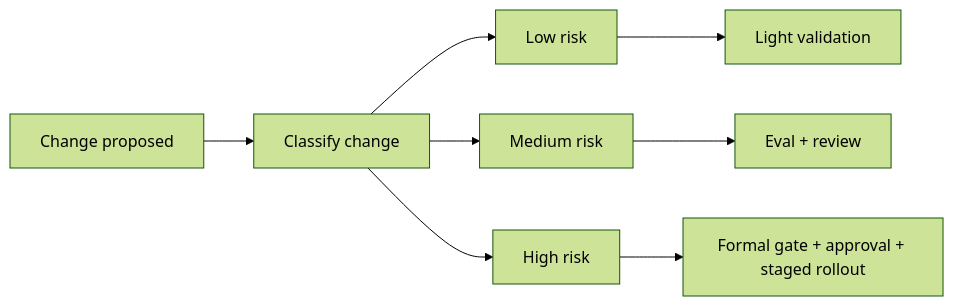
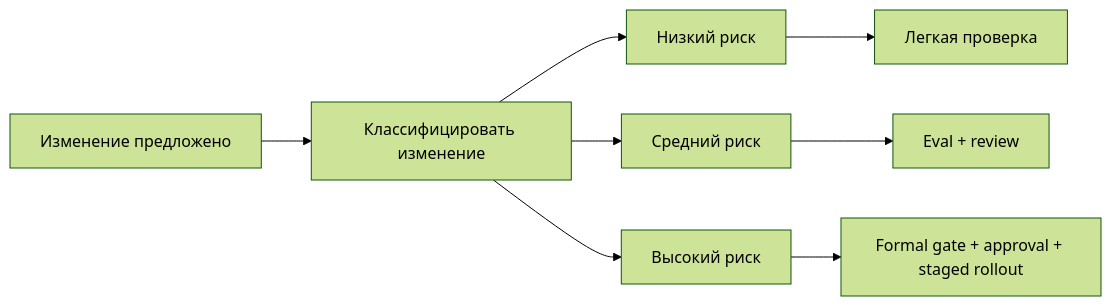
The diagram in docs/book/part-viii/chapter-20.md (agent-axiom/agent-arch), drawn with Mermaid (forest theme) before and after one commit. The commit also changed other lines of this file, not shown here.

````diff
--- a/docs/book/part-viii/chapter-20.md
+++ b/docs/book/part-viii/chapter-20.md
@@ -75,10 +75,10 @@
 ``` mermaid
 flowchart LR
-    A["Change proposed"] --> B["Classify change"]
-    B --> C["Low risk"]
-    B --> D["Medium risk"]
-    B --> E["High risk"]
-    C --> F["Light validation"]
+    A["Изменение предложено"] --> B["Классифицировать изменение"]
+    B --> C["Низкий риск"]
+    B --> D["Средний риск"]
+    B --> E["Высокий риск"]
+    C --> F["Легкая проверка"]
     D --> G["Eval + review"]
     E --> H["Formal gate + approval + staged rollout"]
 ```
````
